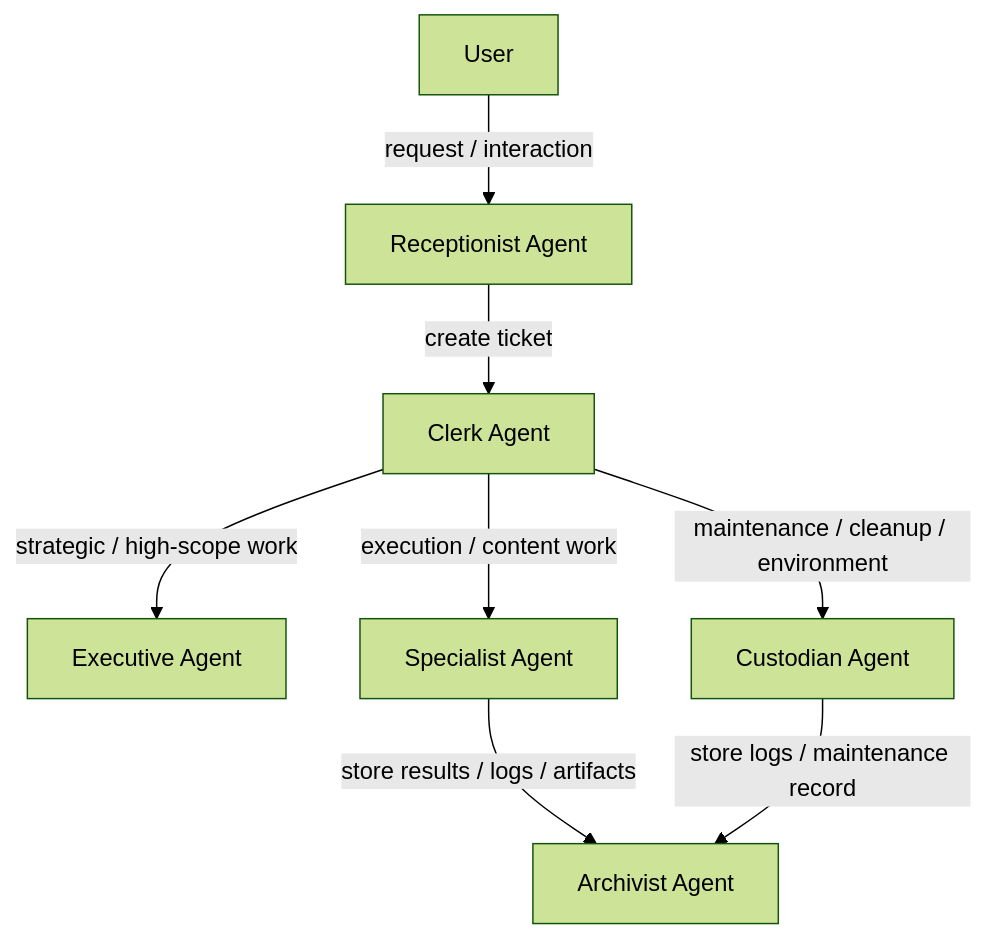
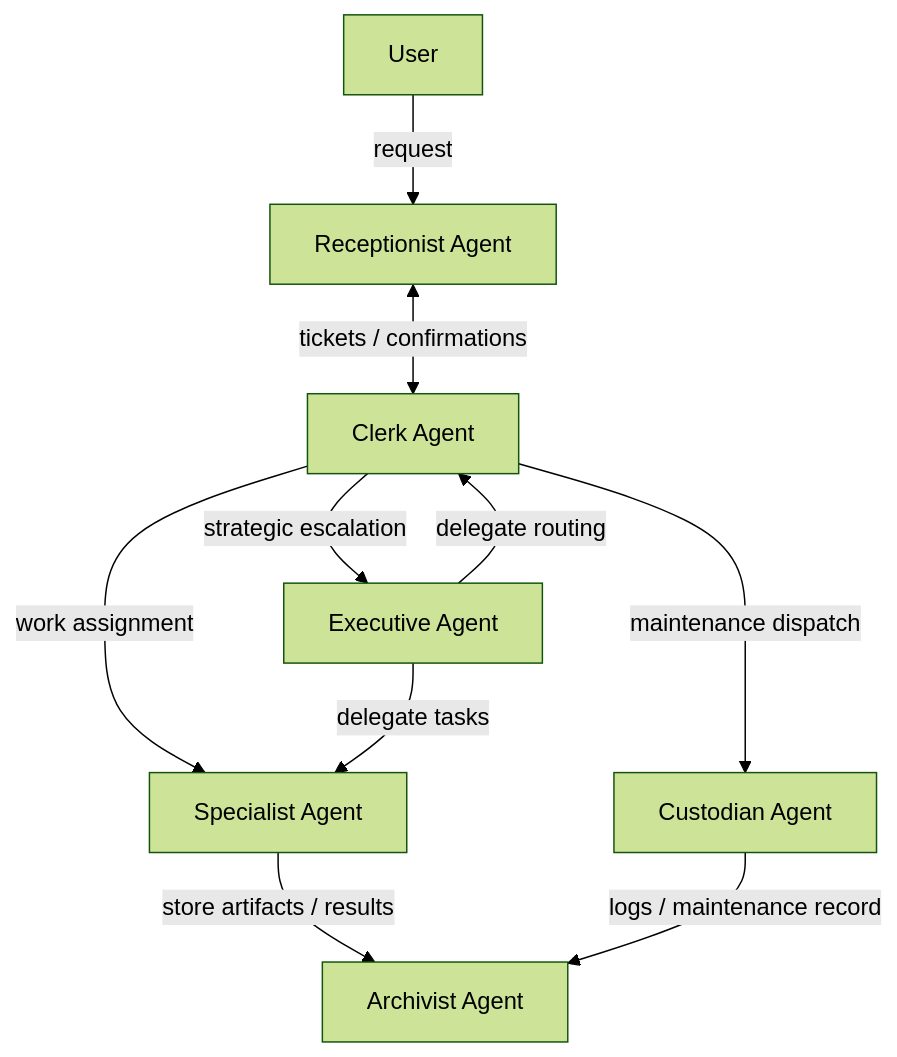
The diagram in diagrams/operational-flow.md (Photon1c/LavenderFieldsProject), drawn with Mermaid (forest theme) before and after one commit.

Commit message:
Update operational flow diagram with new interactions

````diff
--- a/diagrams/operational-flow.md
+++ b/diagrams/operational-flow.md
@@ -1,20 +1,25 @@
 ```mermaid
 flowchart TD
+
     U[User]
     R[Receptionist Agent]
     C[Clerk Agent]
     E[Executive Agent]
     S[Specialist Agent]
     K[Custodian Agent]
     A[Archivist Agent]
 
-    U -->|request / interaction| R
-    R -->|create ticket| C
+    U -->|request| R
 
-    C -->|strategic / high-scope work| E
-    C -->|execution / content work| S
-    C -->|maintenance / cleanup / environment| K
+    R <--> |tickets / confirmations| C
 
-    S -->|store results / logs / artifacts| A
-    K -->|store logs / maintenance record| A
+    C -->|strategic escalation| E
+    C -->|work assignment| S
+    C -->|maintenance dispatch| K
+
+    E -->|delegate tasks| S
+    E -->|delegate routing| C
+
+    S -->|store artifacts / results| A
+    K -->|logs / maintenance record| A
 ```
````
